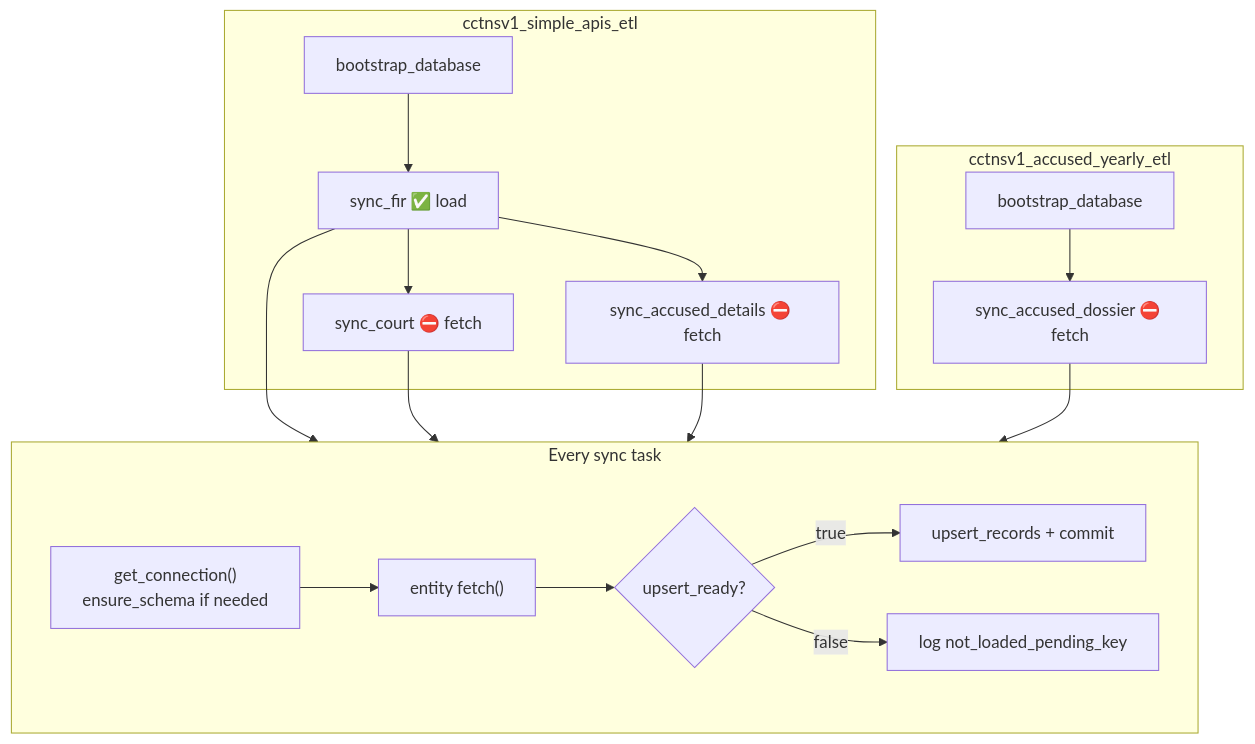
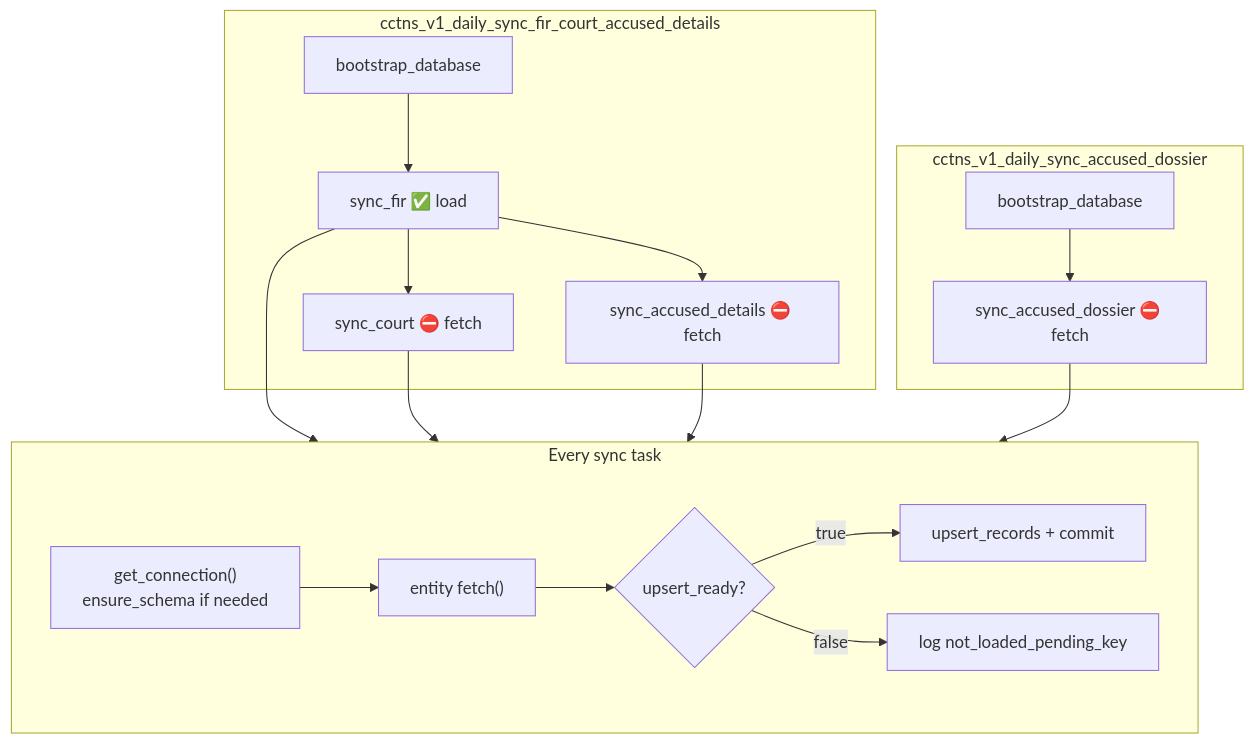
The seventh of 7 diagrams in cctns-v1/CCTNSV1_DAILY_ETL_RUN/pipeline.md (ashish-ratna-bcss/DOPAMS-ETL), drawn with Mermaid before and after one commit. The commit also changed other lines of this file and 9 other files, not shown here.

````diff
--- a/cctns-v1/CCTNSV1_DAILY_ETL_RUN/pipeline.md
+++ b/cctns-v1/CCTNSV1_DAILY_ETL_RUN/pipeline.md
@@ -287,28 +287,28 @@
 ```mermaid
 flowchart TB
     subgraph T0["Every sync task"]
         C1["get_connection()\nensure_schema if needed"]
         C2["entity fetch()"]
         C3{"upsert_ready?"}
         C4["upsert_records + commit"]
         C5["log not_loaded_pending_key"]
         C1 --> C2 --> C3
         C3 -->|true| C4
         C3 -->|false| C5
     end
 
-    subgraph D1["cctnsv1_simple_apis_etl"]
+    subgraph D1["cctns_v1_daily_sync_fir_court_accused_details"]
         B1["bootstrap_database"] --> F["sync_fir ✅ load"]
         F --> C["sync_court ⛔ fetch"]
         F --> AD["sync_accused_details ⛔ fetch"]
     end
 
-    subgraph D2["cctnsv1_accused_yearly_etl"]
+    subgraph D2["cctns_v1_daily_sync_accused_dossier"]
         B2["bootstrap_database"] --> A["sync_accused_dossier ⛔ fetch"]
     end
 
     F --> T0
     C --> T0
     AD --> T0
     A --> T0
 ```
````
